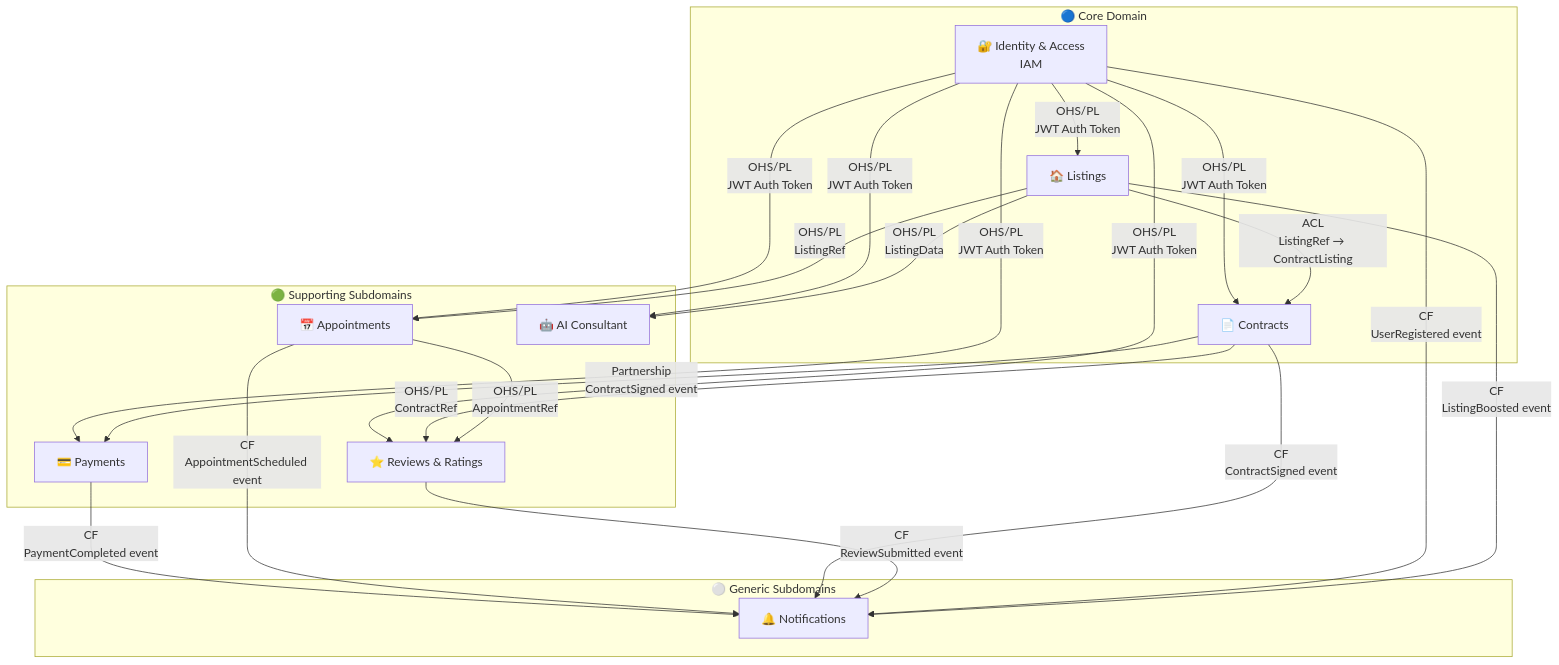
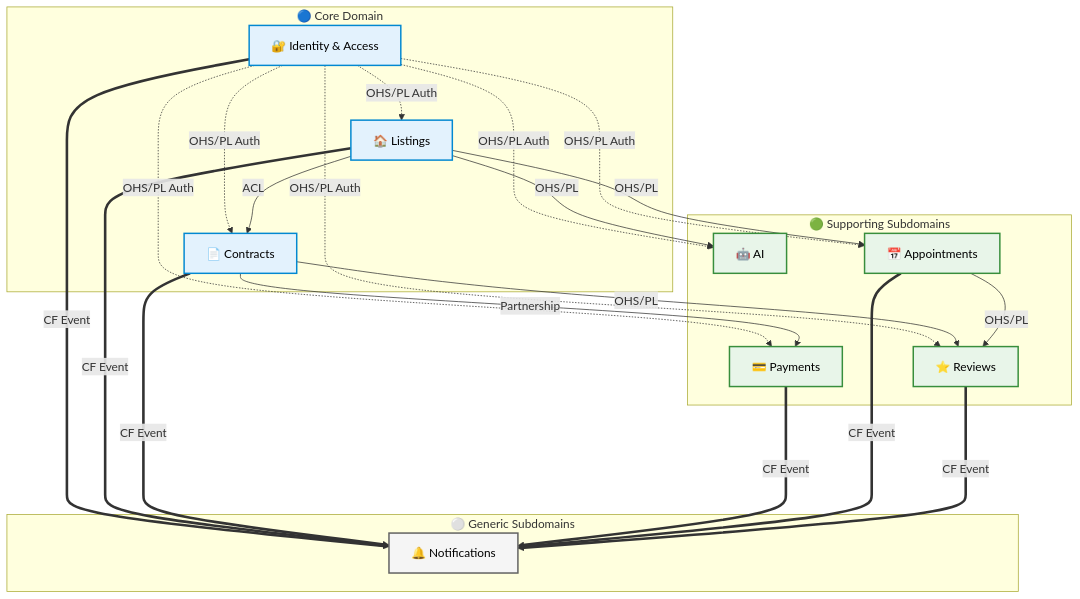
Before and after one commit to DouglasPrez/ProyectoArquitecturaSoftware: the diagram in Section 3 - Architecture Diagrams/Diagrams/02-bounded-context-map.md, drawn with Mermaid. The commit also changed other lines of this file, not shown here.

Commit message:
Se mejora el diagrama 2 para evitar mostrar una telaraña en el diagrama y mejorar su legibilidad.

````diff
--- a/Section 3 - Architecture Diagrams/Diagrams/02-bounded-context-map.md
+++ b/Section 3 - Architecture Diagrams/Diagrams/02-bounded-context-map.md
@@ -12,42 +12,57 @@
 ```mermaid
 graph TD
-    subgraph CORE["🔵 Core Domain"]
-        IAM["🔐 Identity & Access\nIAM"]
-        LST["🏠 Listings"]
-        CTR["📄 Contracts"]
+    %% Definición de estilos para visualización clara
+    classDef core fill:#e3f2fd,stroke:#0288d1,stroke-width:2px,color:#000
+    classDef support fill:#e8f5e9,stroke:#388e3c,stroke-width:2px,color:#000
+    classDef generic fill:#f5f5f5,stroke:#616161,stroke-width:2px,color:#000
+    
+    %% Agrupaciones
+    subgraph CoreDomain [🔵 Core Domain]
+        IAM[🔐 Identity & Access]
+        LST[🏠 Listings]
+        CTR[📄 Contracts]
     end
 
-    subgraph SUPPORT["🟢 Supporting Subdomains"]
-        PAY["💳 Payments"]
-        APT["📅 Appointments"]
-        REV["⭐ Reviews & Ratings"]
-        AIC["🤖 AI Consultant"]
+    subgraph SupportDomain [🟢 Supporting Subdomains]
+        AIC[🤖 AI]
+        APT[📅 Appointments]
+        PAY[💳 Payments]
+        REV[⭐ Reviews]
     end
 
-    subgraph GENERIC["⚪ Generic Subdomains"]
-        NTF["🔔 Notifications"]
+    subgraph GenericDomain [⚪ Generic Subdomains]
+        NTF[🔔 Notifications]
     end
 
-    IAM -->|"OHS/PL\nJWT Auth Token"| LST
-    IAM -->|"OHS/PL\nJWT Auth Token"| CTR
-    IAM -->|"OHS/PL\nJWT Auth Token"| PAY
-    IAM -->|"OHS/PL\nJWT Auth Token"| APT
-    IAM -->|"OHS/PL\nJWT Auth Token"| REV
-    IAM -->|"OHS/PL\nJWT Auth Token"| AIC
+    %% Aplicación de colores
+    class IAM,LST,CTR core
+    class AIC,APT,PAY,REV support
+    class NTF generic
 
-    LST -->|"ACL\nListingRef → ContractListing"| CTR
-    LST -->|"OHS/PL\nListingData"| AIC
-    LST -->|"OHS/PL\nListingRef"| APT
+    %% --- RELACIONES CLARAS Y SIMPLIFICADAS ---
 
-    CTR -->|"Partnership\nContractSigned event"| PAY
-    CTR -->|"OHS/PL\nContractRef"| REV
+    %% 1. Autenticación IAM (Flechas punteadas para limpiar la vista de negocio principal)
+    IAM -.->|OHS/PL Auth| LST
+    IAM -.->|OHS/PL Auth| CTR
+    IAM -.->|OHS/PL Auth| PAY
+    IAM -.->|OHS/PL Auth| APT
+    IAM -.->|OHS/PL Auth| AIC
+    IAM -.->|OHS/PL Auth| REV
 
-    APT -->|"OHS/PL\nAppointmentRef"| REV
+    %% 2. Lógica Core y Flujos de Negocio (Flechas sólidas)
+    LST -->|ACL| CTR
+    LST -->|OHS/PL| AIC
+    LST -->|OHS/PL| APT
+    
+    CTR -->|Partnership| PAY
+    CTR -->|OHS/PL| REV
+    APT -->|OHS/PL| REV
 
-    PAY -->|"CF\nPaymentCompleted event"| NTF
-    APT -->|"CF\nAppointmentScheduled event"| NTF
-    CTR -->|"CF\nContractSigned event"| NTF
-    REV -->|"CF\nReviewSubmitted event"| NTF
-    IAM -->|"CF\nUserRegistered event"| NTF
-    LST -->|"CF\nListingBoosted event"| NTF
+    %% 3. Flujo Asíncrono hacia Notificaciones (Flechas gruesas)
+    IAM ===>|CF Event| NTF
+    LST ===>|CF Event| NTF
+    CTR ===>|CF Event| NTF
+    PAY ===>|CF Event| NTF
+    APT ===>|CF Event| NTF
+    REV ===>|CF Event| NTF
 ```
````
